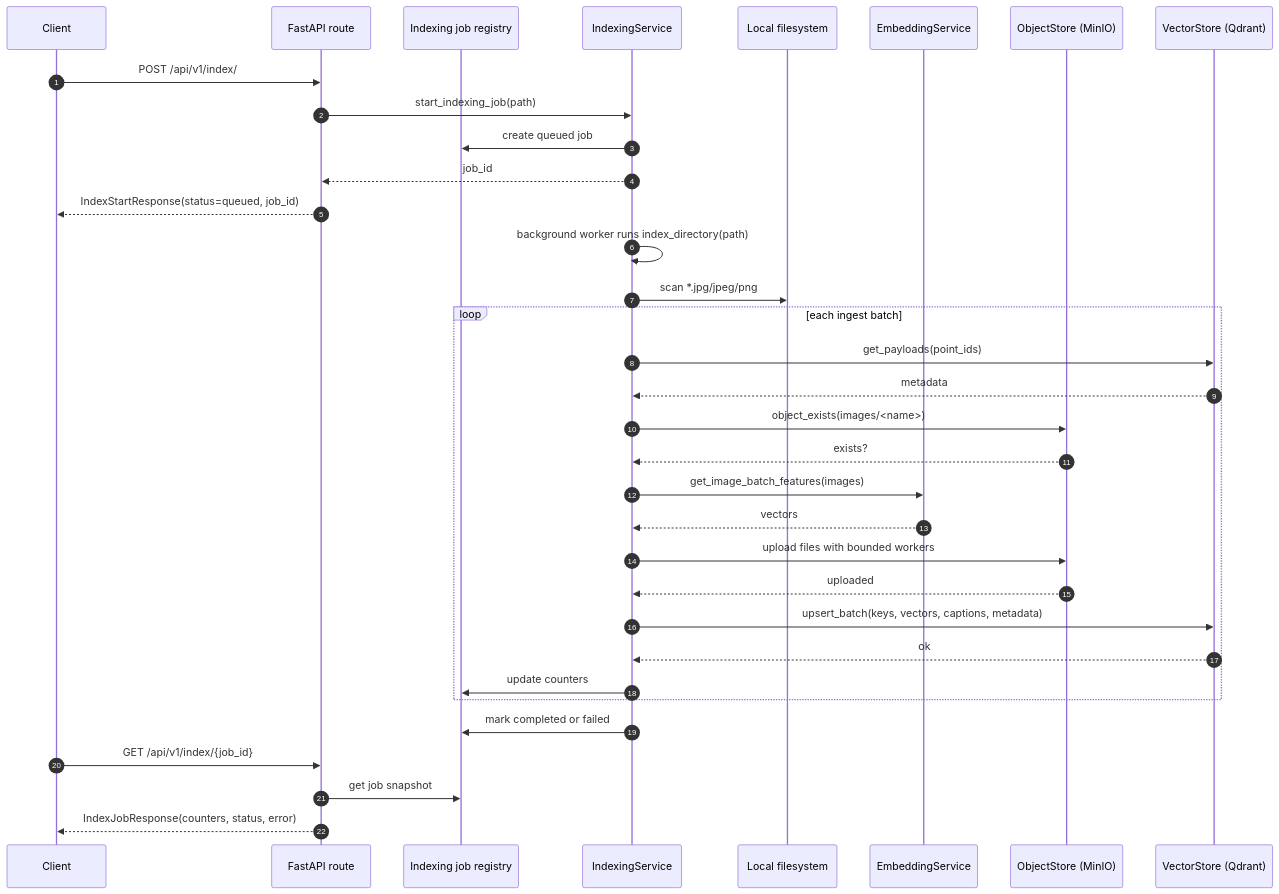
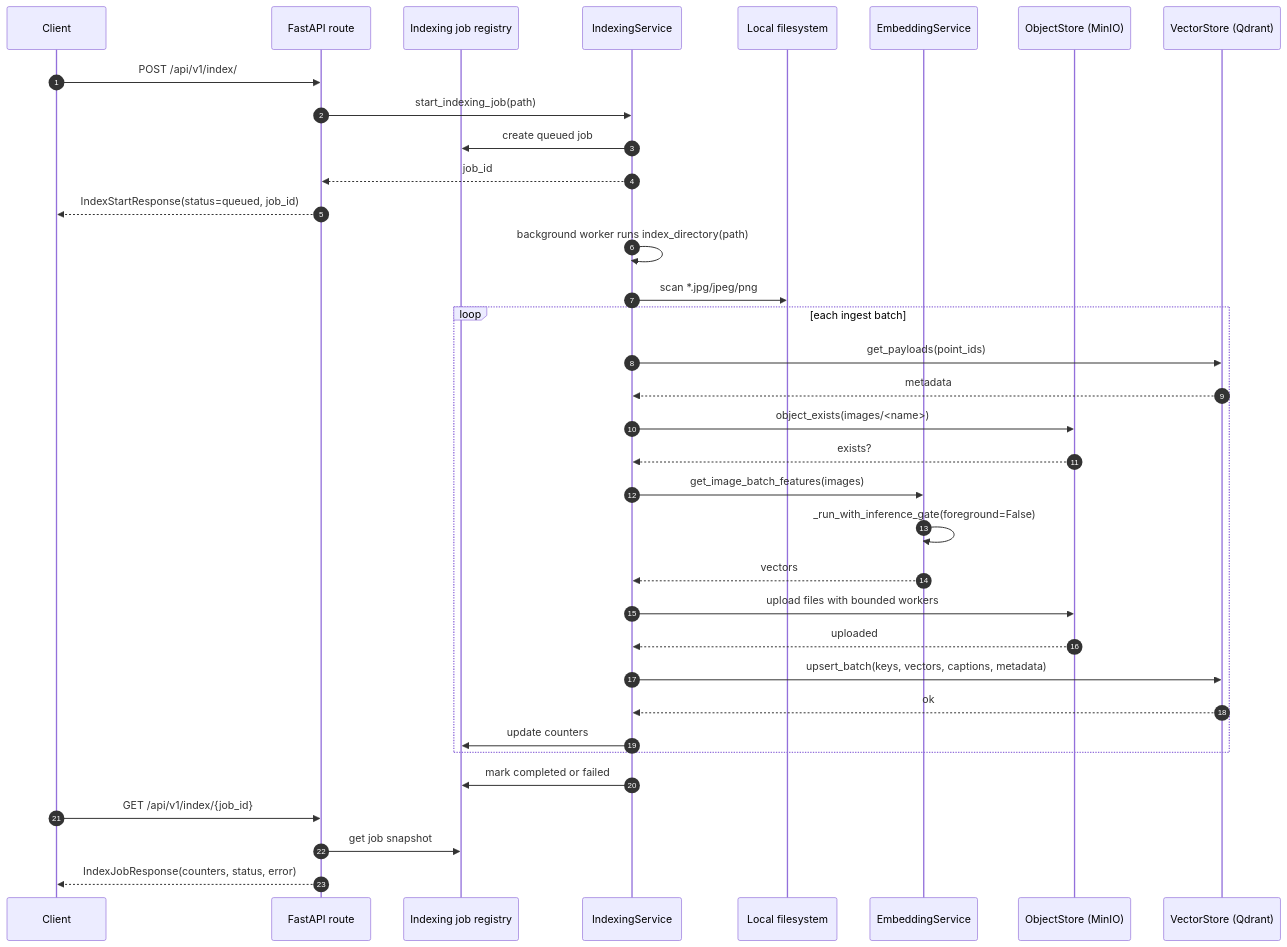
One commit to awun0105/CLIP-Image-Retrieval-Gradio-App changed the fifth of 10 diagrams in docs/data-flow.md. Above: the diagram before and after it, drawn with Mermaid. The commit also changed other lines of this file and 2 other files, not shown here.

````diff
--- a/docs/data-flow.md
+++ b/docs/data-flow.md
@@ -158,37 +166,38 @@
 ```mermaid
 sequenceDiagram
     autonumber
     participant C as Client
     participant API as FastAPI route
     participant JOB as Indexing job registry
     participant IX as IndexingService
     participant FS as Local filesystem
     participant E as EmbeddingService
     participant M as ObjectStore (MinIO)
     participant V as VectorStore (Qdrant)
 
     C->>API: POST /api/v1/index/
     API->>IX: start_indexing_job(path)
     IX->>JOB: create queued job
     IX-->>API: job_id
     API-->>C: IndexStartResponse(status=queued, job_id)
     IX->>IX: background worker runs index_directory(path)
     IX->>FS: scan *.jpg/jpeg/png
     loop each ingest batch
         IX->>V: get_payloads(point_ids)
         V-->>IX: metadata
         IX->>M: object_exists(images/<name>)
         M-->>IX: exists?
         IX->>E: get_image_batch_features(images)
+        E->>E: _run_with_inference_gate(foreground=False)
         E-->>IX: vectors
         IX->>M: upload files with bounded workers
         M-->>IX: uploaded
         IX->>V: upsert_batch(keys, vectors, captions, metadata)
         V-->>IX: ok
         IX->>JOB: update counters
     end
     IX->>JOB: mark completed or failed
     C->>API: GET /api/v1/index/{job_id}
     API->>JOB: get job snapshot
     API-->>C: IndexJobResponse(counters, status, error)
 ```
````
